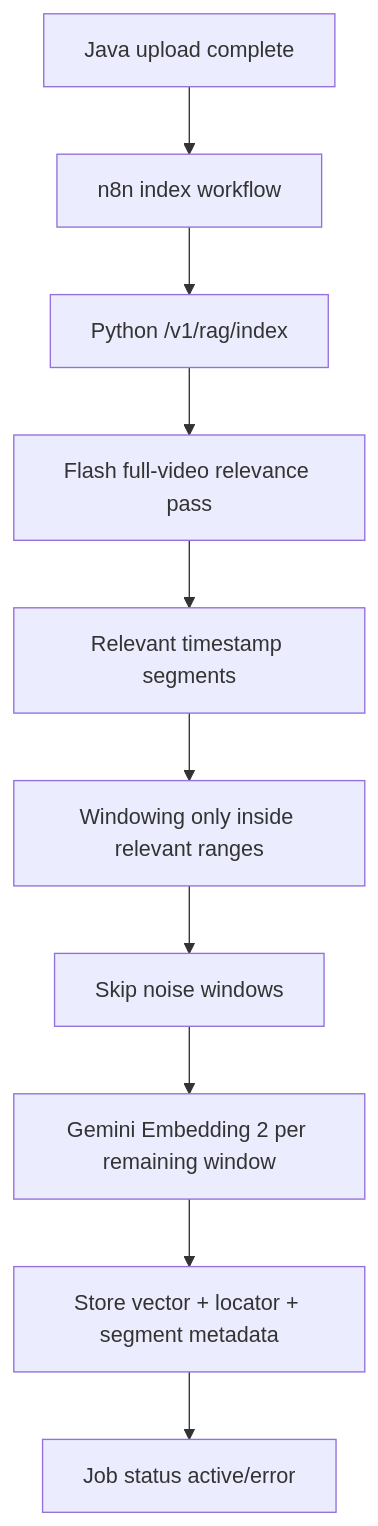
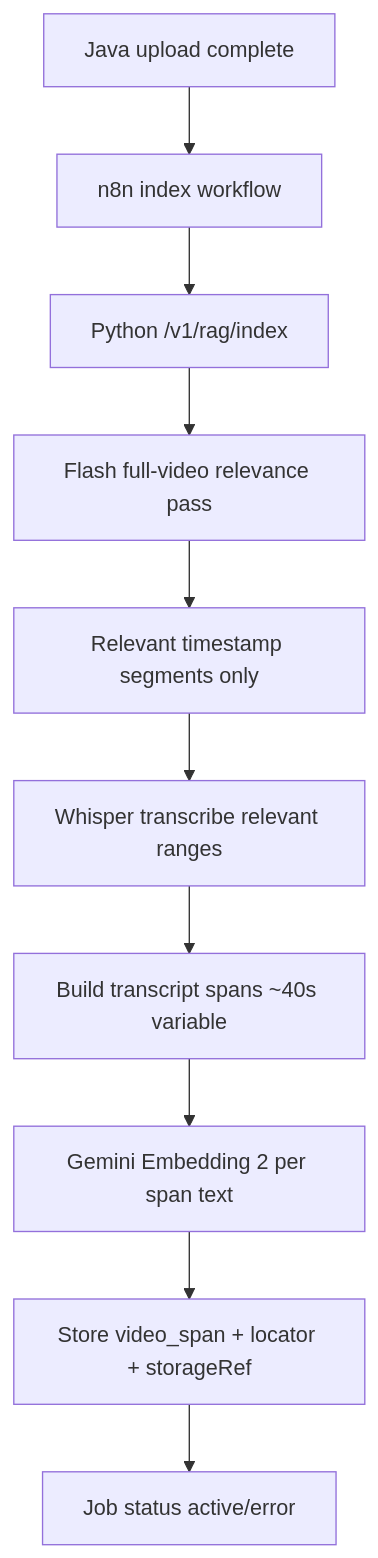
One commit to cvmartin25/multimodal-rag changed the diagram in docs/flows/04_video_indexing_flow.md. Above: the diagram before and after it, drawn with Mermaid. The commit also changed other lines of this file and 37 other files, not shown here.

````diff
--- a/docs/flows/04_video_indexing_flow.md
+++ b/docs/flows/04_video_indexing_flow.md
@@ -39,12 +42,12 @@
 ```mermaid
 flowchart TD
   A[Java upload complete] --> B[n8n index workflow]
   B --> C[Python /v1/rag/index]
   C --> D[Flash full-video relevance pass]
-  D --> E[Relevant timestamp segments]
-  E --> F[Windowing only inside relevant ranges]
-  F --> G[Skip noise windows]
-  G --> H[Gemini Embedding 2 per remaining window]
-  H --> I[Store vector + locator + segment metadata]
+  D --> E[Relevant timestamp segments only]
+  E --> F[Whisper transcribe relevant ranges]
+  F --> G[Build transcript spans ~40s variable]
+  G --> H[Gemini Embedding 2 per span text]
+  H --> I[Store video_span + locator + storageRef]
   I --> J[Job status active/error]
 ```
````
